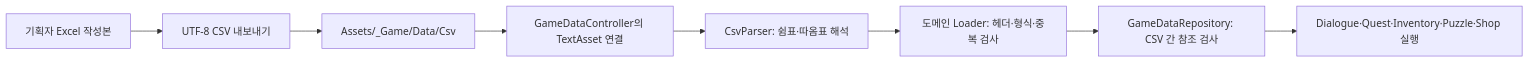
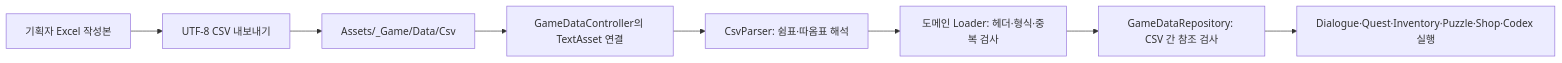
The first of 2 diagrams in Assets/_Game/Docs/CSV_Guide/PHASE_00_FOUNDATION/CSV_SYSTEM_OVERVIEW.md (HOPPANG777/Project-Ruin), drawn with Mermaid before and after one commit. The commit also changed other lines of this file and 19 other files, not shown here.

````diff
--- a/Assets/_Game/Docs/CSV_Guide/PHASE_00_FOUNDATION/CSV_SYSTEM_OVERVIEW.md
+++ b/Assets/_Game/Docs/CSV_Guide/PHASE_00_FOUNDATION/CSV_SYSTEM_OVERVIEW.md
@@ -11,10 +11,10 @@
 ```mermaid
 flowchart LR
     A["기획자 Excel 작성본"] --> B["UTF-8 CSV 내보내기"]
     B --> C["Assets/_Game/Data/Csv"]
     C --> D["GameDataController의 TextAsset 연결"]
     D --> E["CsvParser: 쉼표·따옴표 해석"]
     E --> F["도메인 Loader: 헤더·형식·중복 검사"]
     F --> G["GameDataRepository: CSV 간 참조 검사"]
-    G --> H["Dialogue·Quest·Inventory·Puzzle·Shop 실행"]
+    G --> H["Dialogue·Quest·Inventory·Puzzle·Shop·Codex 실행"]
 ```
````
